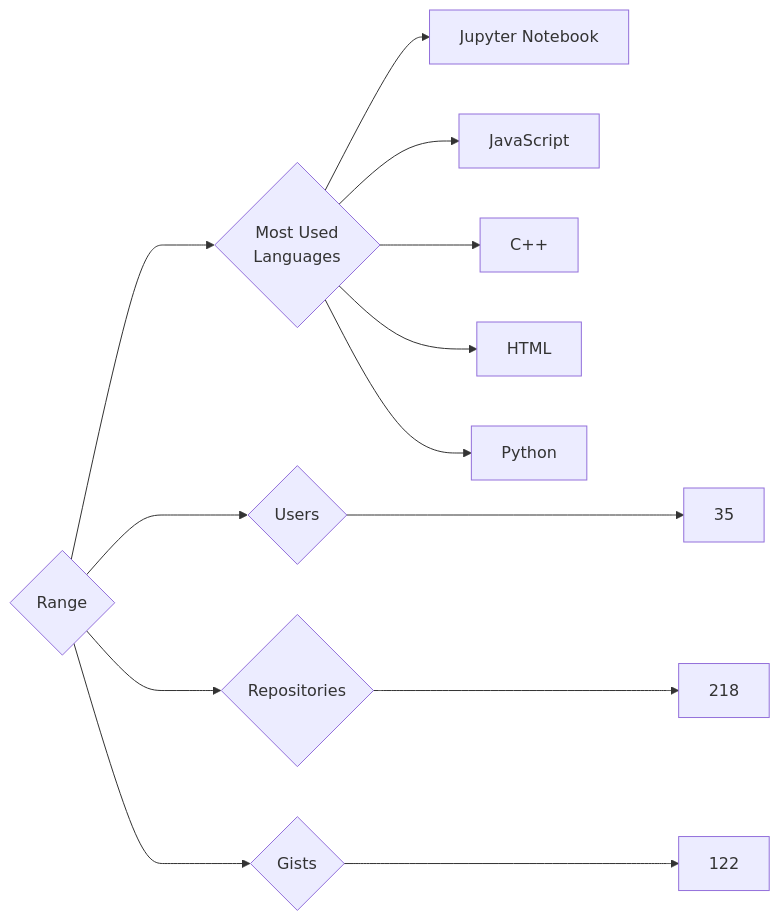
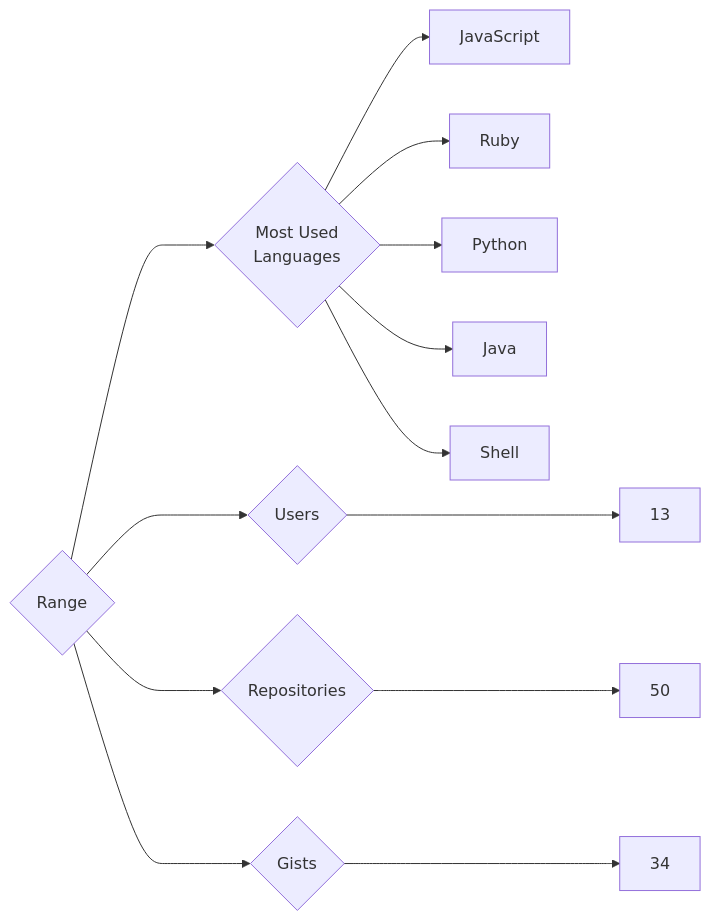
One commit to trickest/insiders changed the diagram in targets/Range/README.md. Above: the diagram before and after it, drawn with Mermaid. The commit also changed 829 other files, not shown here.

````diff
--- a/targets/Range/README.md
+++ b/targets/Range/README.md
@@ -3,13 +3,13 @@
 ```mermaid
 graph LR
 COMPANY_NAME{Range}
-COMPANY_NAME ---> U{Users} ---> UN[35]
-COMPANY_NAME ---> R{Repositories} ---> RN[218]
-COMPANY_NAME ---> G{Gists} ---> GN[122]
+COMPANY_NAME ---> U{Users} ---> UN[13]
+COMPANY_NAME ---> R{Repositories} ---> RN[50]
+COMPANY_NAME ---> G{Gists} ---> GN[34]
 COMPANY_NAME ---> ML{Most Used<br>Languages}
-ML --> Jupyter_Notebook[Jupyter Notebook]
 ML --> JavaScript[JavaScript]
-ML --> C++[C++]
-ML --> HTML[HTML]
+ML --> Ruby[Ruby]
 ML --> Python[Python]
+ML --> Java[Java]
+ML --> Shell[Shell]
 ```
````
